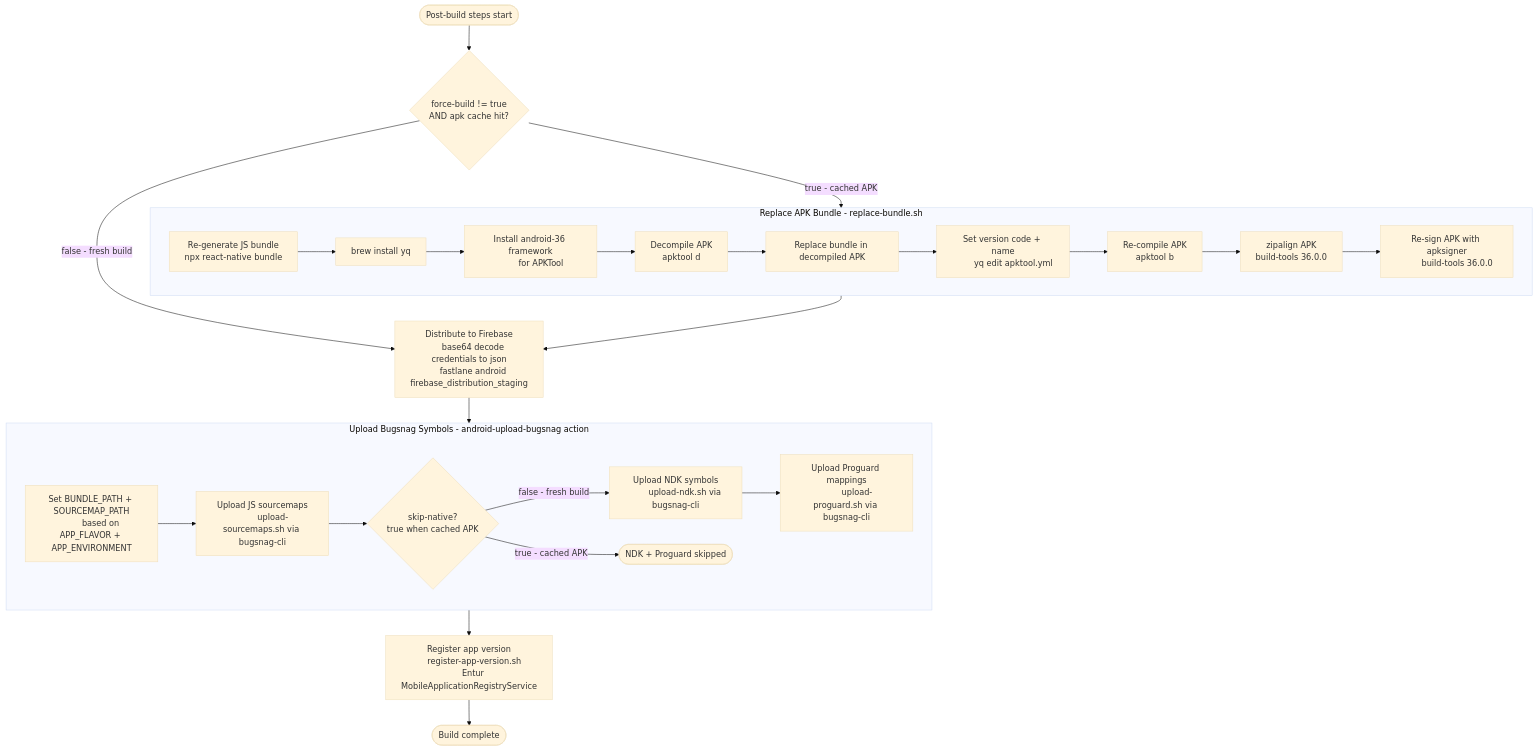
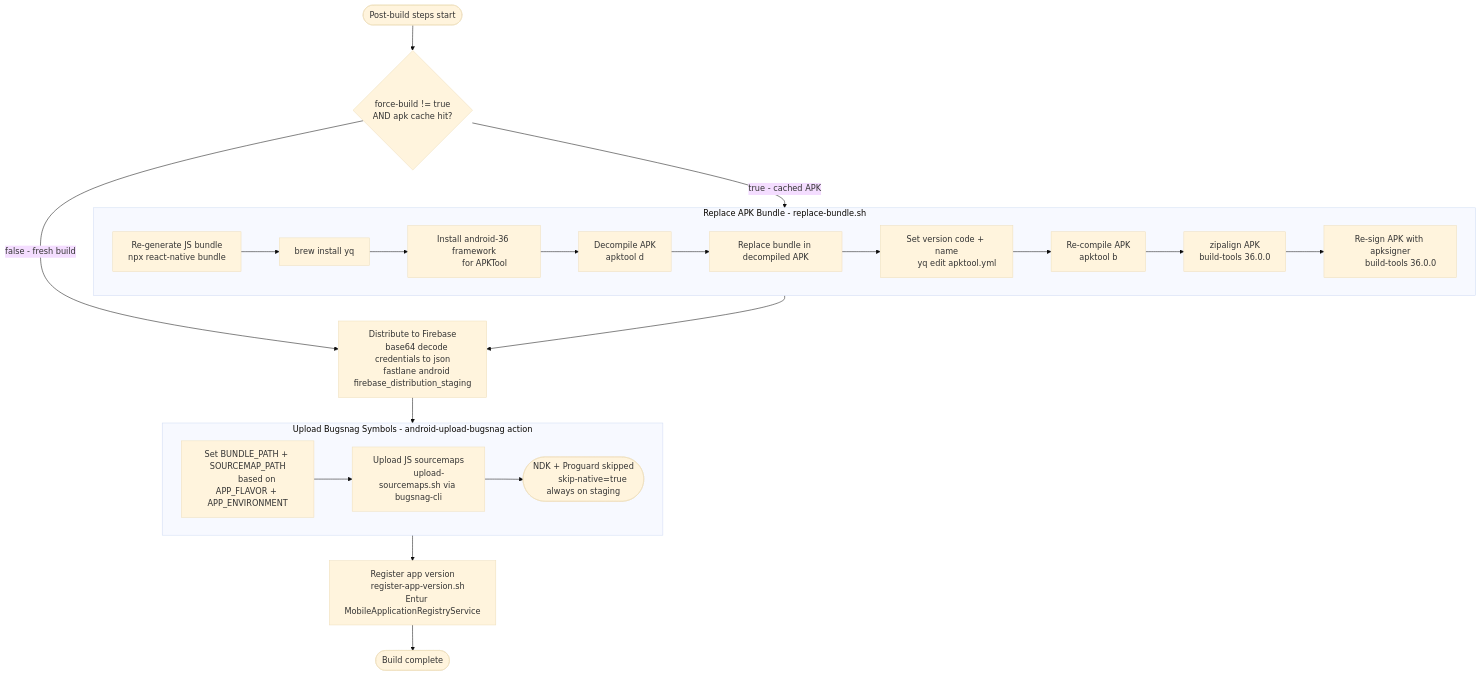
Before and after one commit to AtB-AS/mittatb-app: the fourth of 6 diagrams in docs/android-build-staging-graph.md, drawn with Mermaid (base theme). The commit also changed other lines of this file and 1 other file, not shown here.

Commit message:
skip ndk and proguard upload on staging

````diff
--- a/docs/android-build-staging-graph.md
+++ b/docs/android-build-staging-graph.md
@@ -215,65 +215,58 @@
 ```mermaid
 flowchart TD
     start(["Post-build steps start"])
 
     start --> replace_check{"force-build != true
     AND apk cache hit?"}
 
     replace_check -- "true - cached APK" --> replace_bundle
     replace_check -- "false - fresh build" --> firebase
 
     subgraph replace_bundle ["Replace APK Bundle - replace-bundle.sh"]
         rb_bundle["Re-generate JS bundle
         npx react-native bundle"]
         rb_yq["brew install yq"]
         rb_framework["Install android-36 framework
         for APKTool"]
         rb_decompile["Decompile APK
         apktool d"]
         rb_replace["Replace bundle in decompiled APK"]
         rb_version["Set version code + name
         yq edit apktool.yml"]
         rb_recompile["Re-compile APK
         apktool b"]
         rb_align["zipalign APK
         build-tools 36.0.0"]
         rb_sign["Re-sign APK with apksigner
         build-tools 36.0.0"]
 
         rb_bundle --> rb_yq --> rb_framework --> rb_decompile
         rb_decompile --> rb_replace --> rb_version
         rb_version --> rb_recompile --> rb_align --> rb_sign
     end
 
     replace_bundle --> firebase
 
     firebase["Distribute to Firebase
     base64 decode credentials to json
     fastlane android firebase_distribution_staging"]
 
     firebase --> bugsnag_upload
 
     subgraph bugsnag_upload ["Upload Bugsnag Symbols - android-upload-bugsnag action"]
         bs_set["Set BUNDLE_PATH + SOURCEMAP_PATH
         based on APP_FLAVOR + APP_ENVIRONMENT"]
         bs_sourcemaps["Upload JS sourcemaps
         upload-sourcemaps.sh via bugsnag-cli"]
-        bs_native_check{"skip-native?
-        true when cached APK"}
-        bs_ndk["Upload NDK symbols
-        upload-ndk.sh via bugsnag-cli"]
-        bs_proguard["Upload Proguard mappings
-        upload-proguard.sh via bugsnag-cli"]
-        bs_skip_native(["NDK + Proguard skipped"])
+        bs_skip_native(["NDK + Proguard skipped
+        skip-native=true always on staging"])
 
-        bs_set --> bs_sourcemaps --> bs_native_check
-        bs_native_check -- "false - fresh build" --> bs_ndk --> bs_proguard
-        bs_native_check -- "true - cached APK" --> bs_skip_native
+        bs_set --> bs_sourcemaps --> bs_skip_native
     end
 
     bugsnag_upload --> register["Register app version
     register-app-version.sh
     Entur MobileApplicationRegistryService"]
 
     register --> done(["Build complete"])
 ```
````
